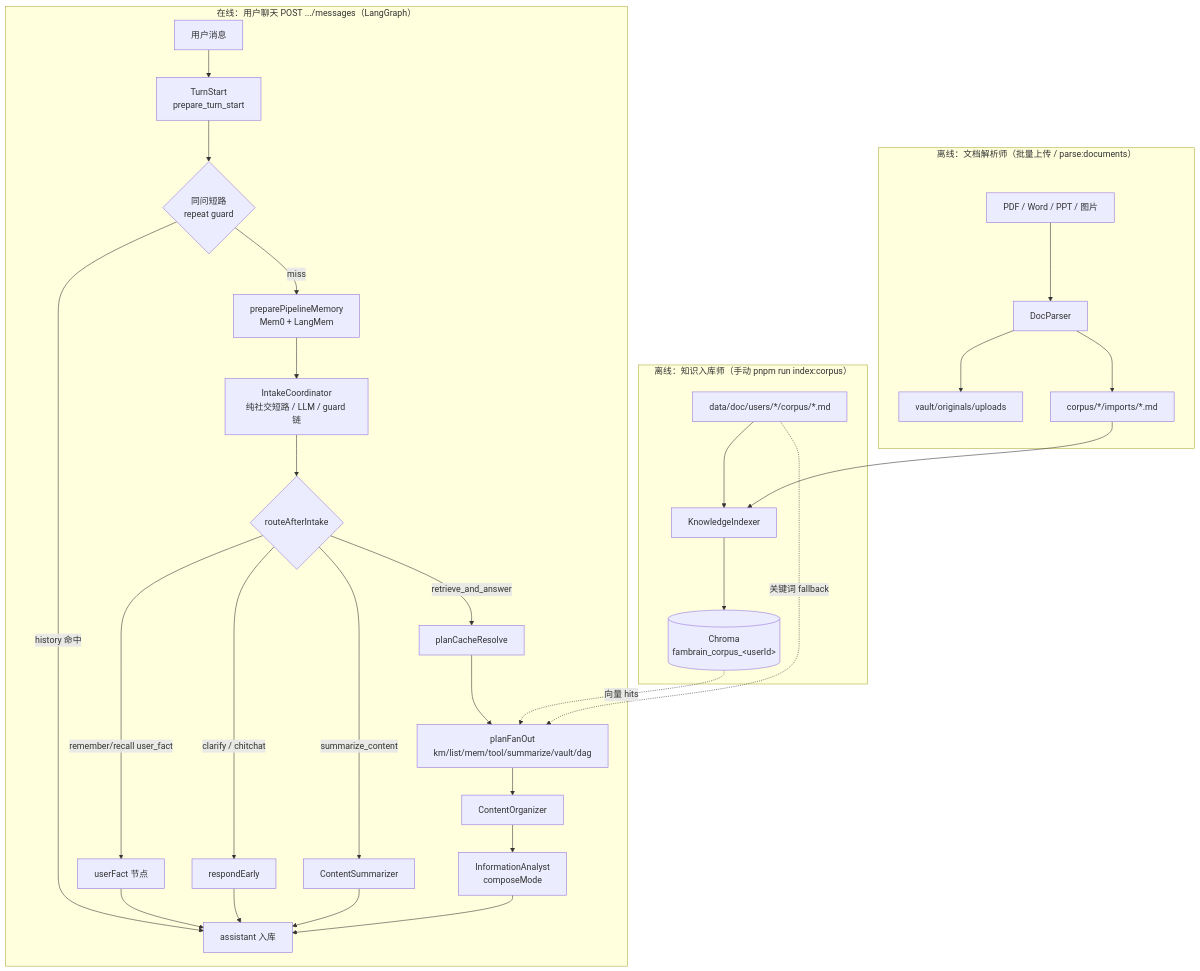
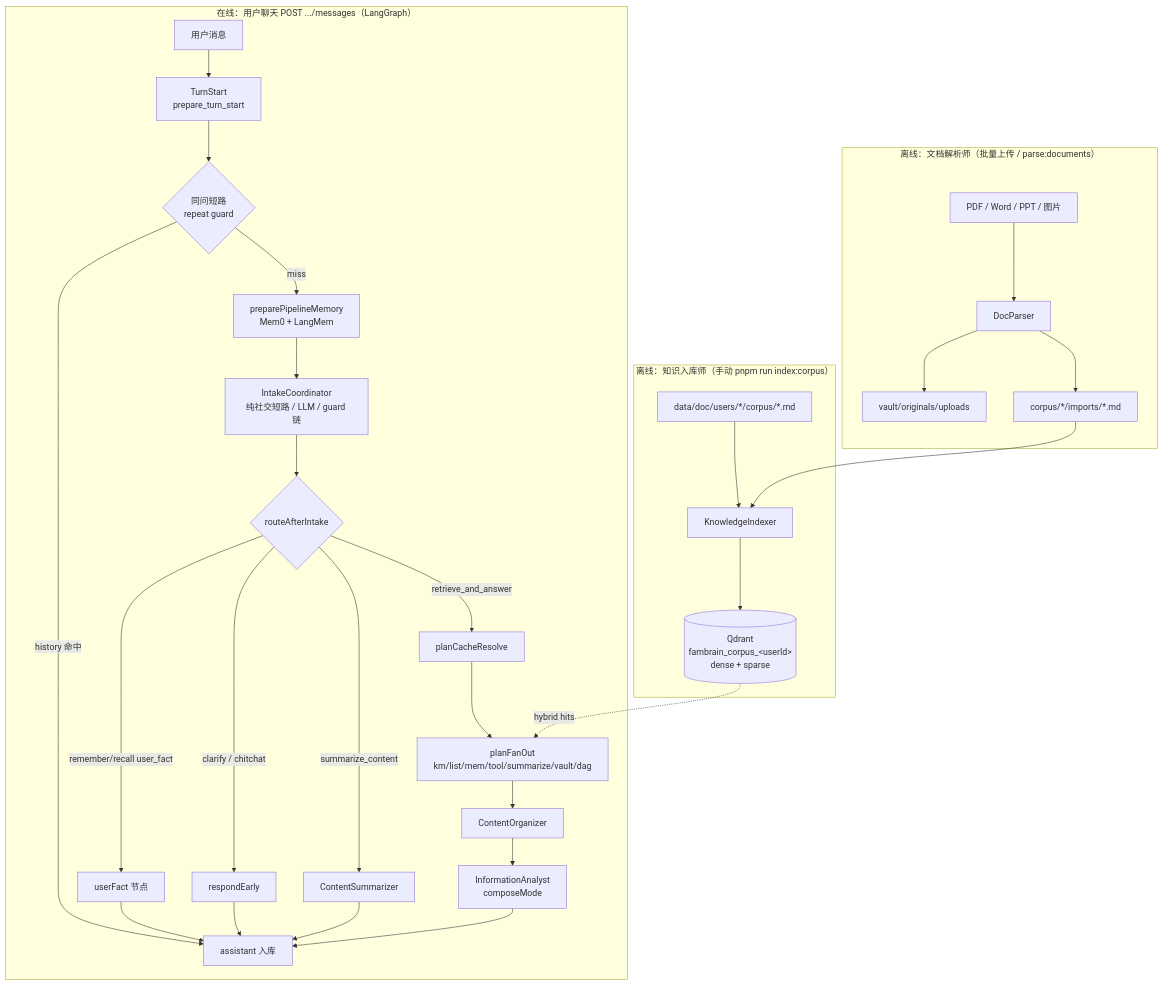
One commit to panzhanfei/agent changed the first of 12 diagrams in docs/02-agent-flows.md. Above: the diagram before and after it, drawn with Mermaid. The commit also changed other lines of this file and 69 other files, not shown here.

Commit message:
语料和 mem0 从 chroma 迁到 qdrant，拆掉 chroma 运行时

````diff
--- a/docs/02-agent-flows.md
+++ b/docs/02-agent-flows.md
@@ -54,43 +54,42 @@
 ```mermaid
 flowchart TB
   subgraph offline ["离线：知识入库师（手动 pnpm run index:corpus）"]
     MD["data/doc/users/*/corpus/*.md"]
     KI["KnowledgeIndexer"]
-    CH[("Chroma<br/>fambrain_corpus_&lt;userId&gt;")]
-    MD --> KI --> CH
+    QD[("Qdrant<br/>fambrain_corpus_&lt;userId&gt;<br/>dense + sparse")]
+    MD --> KI --> QD
   end
 
   subgraph ingest ["离线：文档解析师（批量上传 / parse:documents）"]
     UP["PDF / Word / PPT / 图片"]
     DP["DocParser"]
     VAULT["vault/originals/uploads"]
     IMP["corpus/*/imports/*.md"]
     UP --> DP
     DP --> VAULT
     DP --> IMP
     IMP --> KI
   end
 
   subgraph online ["在线：用户聊天 POST .../messages（LangGraph）"]
     U[用户消息] --> PT[TurnStart<br/>prepare_turn_start]
     PT --> REP{同问短路<br/>repeat guard}
     REP -->|history 命中| OUT[assistant 流式输出]
     REP -->|miss| MEM["preparePipelineMemory<br/>Mem0 + LangMem"]
     MEM --> IC[IntakeCoordinator<br/>纯社交短路 / LLM / guard 链]
     IC --> P{routeAfterIntake}
     P -->|remember/recall user_fact| UF[userFact 节点]
     P -->|clarify / chitchat| R1[respondEarly]
     P -->|summarize_content| SUM[ContentSummarizer]
     P -->|retrieve_and_answer| PCR[planCacheResolve]
     PCR --> PE[planFanOut<br/>km/list/mem/tool/summarize/vault/dag]
     PE --> CO[ContentOrganizer]
     CO --> IA[InformationAnalyst<br/>composeMode]
     IA --> OUT[assistant 入库]
     UF --> OUT
     R1 --> OUT
     SUM --> OUT
   end
 
-  CH -.->|向量 hits| PE
-  MD -.->|关键词 fallback| PE
+  QD -.->|hybrid hits| PE
 ```
````
